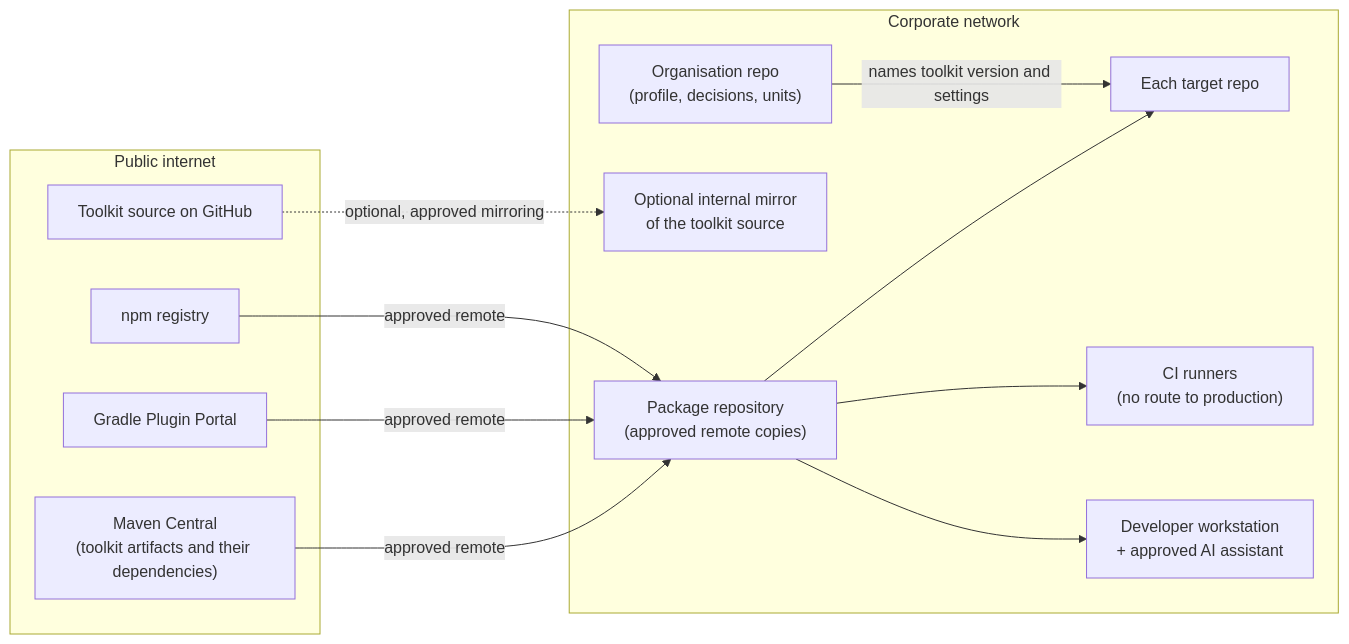
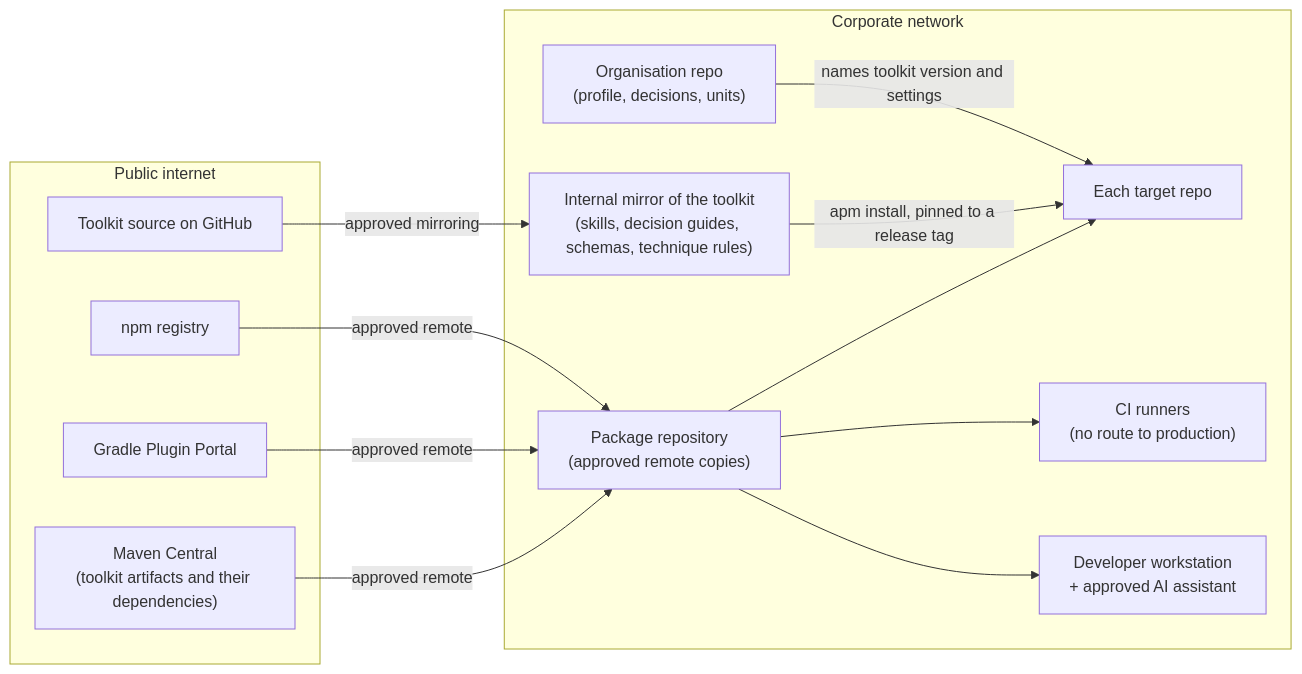
One commit to fiftiesHousewife/under-test changed the diagram in docs/CORPORATE-USE.md. Above: the diagram before and after it, drawn with Mermaid. The commit also changed other lines of this file and 181 other files, not shown here.

````diff
--- a/docs/CORPORATE-USE.md
+++ b/docs/CORPORATE-USE.md
@@ -65,25 +65,26 @@
 ```mermaid
 flowchart LR
     subgraph Public["Public internet"]
         MC["Maven Central<br/>(toolkit artifacts and their dependencies)"]
         GP["Gradle Plugin Portal"]
         NPM["npm registry"]
         GH["Toolkit source on GitHub"]
     end
     subgraph Corp["Corporate network"]
         PR["Package repository<br/>(approved remote copies)"]
-        MIR["Optional internal mirror<br/>of the toolkit source"]
+        MIR["Internal mirror of the toolkit<br/>(skills, decision guides, schemas, technique rules)"]
         ORG["Organisation repo<br/>(profile, decisions, units)"]
         REPO["Each target repo"]
         CI["CI runners<br/>(no route to production)"]
         DEV["Developer workstation<br/>+ approved AI assistant"]
     end
     MC -->|approved remote| PR
     GP -->|approved remote| PR
     NPM -->|approved remote| PR
-    GH -.->|optional, approved mirroring| MIR
+    GH -->|approved mirroring| MIR
     PR --> REPO
     PR --> CI
     PR --> DEV
+    MIR -->|apm install, pinned to a release tag| REPO
     ORG -->|names toolkit version and settings| REPO
 ```
````
